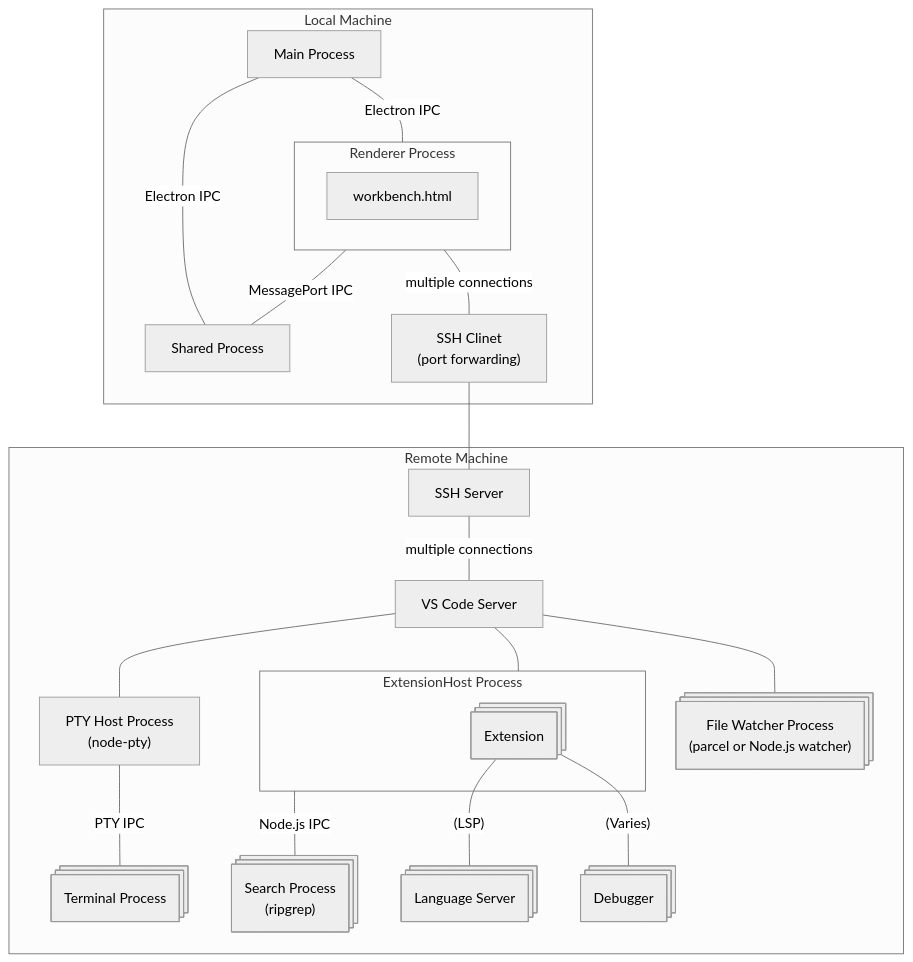
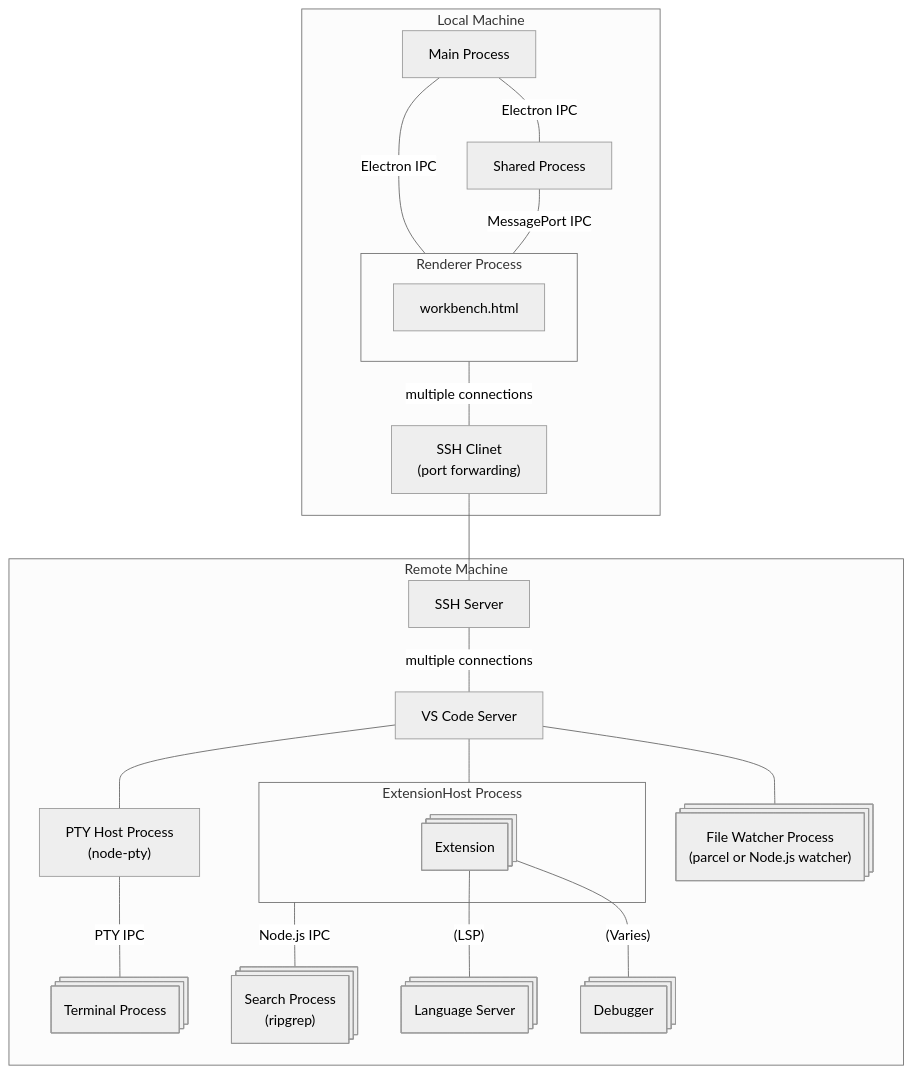
The diagram in vscode_remote.md (tamuratak/vscode_architecture), drawn with Mermaid (neutral theme) before and after one commit.

````diff
--- a/vscode_remote.md
+++ b/vscode_remote.md
@@ -4,37 +4,37 @@
 ```mermaid
 flowchart TB
     subgraph Local Machine
         MainProcess[Main Process]
         subgraph RendererProcess [Renderer Process]
             workbench.html
         end
         SharedProcess[Shared Process]
         SSHClient@{ label: "SSH Clinet<br/>(port forwarding)" }
     end
     subgraph Remote Machine
         SSHServer@{ label: "SSH Server" }
         VSCodeServer@{ label: "VS Code Server" }
         subgraph ExtensionHostProcess  [ExtensionHost Process]
             Extension@{ shape: procs }
         end
         PTYHostProcess@{ label: "PTY Host Process<br/>(node-pty)" }
         FileWatcherProcess@{ shape: procs, label: "File Watcher Process<br/>(parcel or Node.js watcher)" }
         TerminalProcess@{ shape: procs, label: "Terminal Process" }
         SearchProcess@{ shape: procs, label: "Search Process<br/>(ripgrep)" }
         LanguageServer@{ shape: procs, label: "Language Server" }
         Debugger@{ shape: procs }
     end
     MainProcess -- Electron IPC --- RendererProcess
     MainProcess -- Electron IPC --- SharedProcess
-    RendererProcess -- MessagePort IPC --- SharedProcess
+    SharedProcess -- MessagePort IPC --- RendererProcess
     RendererProcess -- multiple connections --- SSHClient
     SSHClient --- SSHServer
     SSHServer -- multiple connections --- VSCodeServer
     VSCodeServer --- ExtensionHostProcess
     VSCodeServer --- FileWatcherProcess
     VSCodeServer --- PTYHostProcess
     PTYHostProcess -- PTY IPC --- TerminalProcess
     ExtensionHostProcess -- Node.js IPC --- SearchProcess
     Extension -- (LSP) --- LanguageServer
     Extension -- (Varies) --- Debugger
 ```
````
